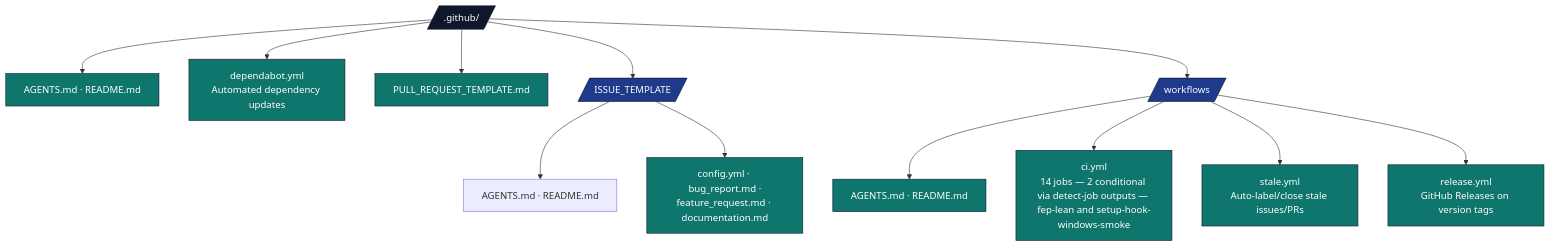
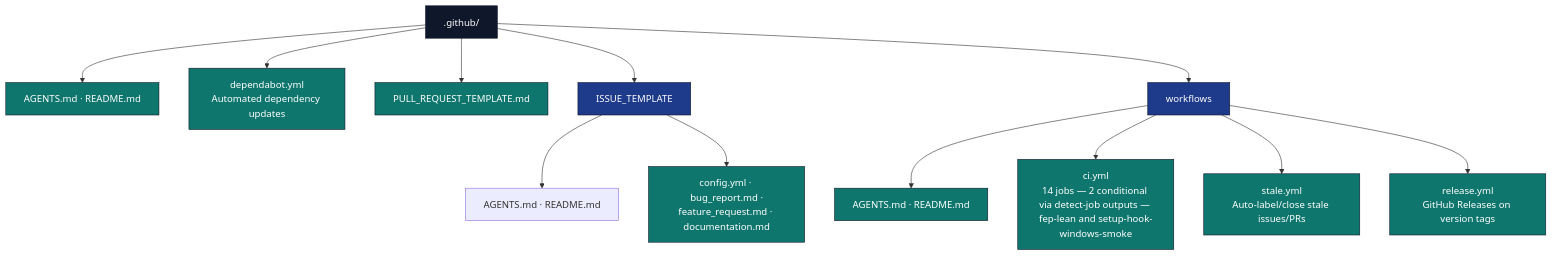
Before and after one commit to docxology/template: the diagram in .github/AGENTS.md, drawn with Mermaid. The commit also changed 94 other files, not shown here.

````diff
--- a/.github/AGENTS.md
+++ b/.github/AGENTS.md
@@ -24,24 +24,24 @@
 ```mermaid
 flowchart TB
-    GH[/.github//]
+    GH[.github/]
     GH --> META[AGENTS.md · README.md]
     GH --> DEP[dependabot.yml<br/>Automated dependency updates]
     GH --> PRT[PULL_REQUEST_TEMPLATE.md]
-    GH --> ITPL[/ISSUE_TEMPLATE/]
-    GH --> WF[/workflows/]
+    GH --> ITPL[ISSUE_TEMPLATE]
+    GH --> WF[workflows]
 
     ITPL --> ITPL_DOCS[AGENTS.md · README.md]
     ITPL --> ITPL_F[config.yml · bug_report.md ·<br/>feature_request.md · documentation.md]
 
     WF --> WF_DOCS[AGENTS.md · README.md]
     WF --> WF_CI[ci.yml<br/>14 jobs — 2 conditional via detect-job outputs — fep-lean and setup-hook-windows-smoke]
     WF --> WF_STALE[stale.yml<br/>Auto-label/close stale issues/PRs]
     WF --> WF_REL[release.yml<br/>GitHub Releases on version tags]
 
     classDef d fill:#0f172a,stroke:#0f172a,color:#fff
     classDef pkg fill:#1e3a8a,stroke:#0f172a,color:#fff
     classDef f fill:#0f766e,stroke:#0f172a,color:#fff
     class GH d
     class ITPL,WF pkg
     class META,DEP,PRT,ITPL_F,WF_DOCS,WF_CI,WF_STALE,WF_REL f
 ```
````
